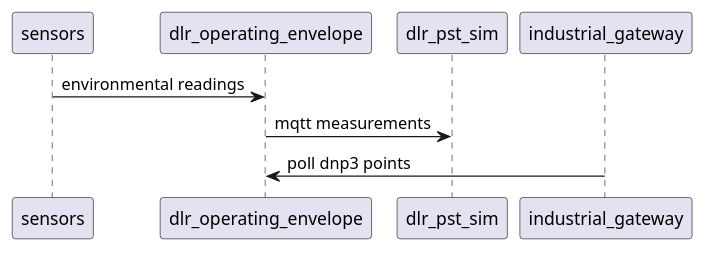
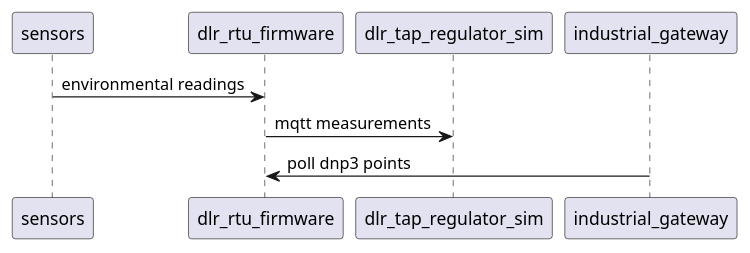
One commit to arcnode-io/dlr-rtu-firmware changed the second of 4 diagrams in readme.md. Above: the diagram before and after it, drawn with PlantUML. The commit also changed other lines of this file and 8 other files, not shown here.

First line of the commit message:
🏷️ chore(repo): rename dlr-operating-envelope to dlr-rtu-firmware

````diff
--- a/readme.md
+++ b/readme.md
@@ -64,10 +64,10 @@
 ```plantuml
 participant sensors
-participant dlr_operating_envelope
-participant dlr_pst_sim
+participant dlr_rtu_firmware
+participant dlr_tap_regulator_sim
 participant industrial_gateway
 
-sensors -> dlr_operating_envelope: environmental readings
-dlr_operating_envelope -> dlr_pst_sim: mqtt measurements
-industrial_gateway -> dlr_operating_envelope: poll dnp3 points
+sensors -> dlr_rtu_firmware: environmental readings
+dlr_rtu_firmware -> dlr_tap_regulator_sim: mqtt measurements
+industrial_gateway -> dlr_rtu_firmware: poll dnp3 points
 ```
````
